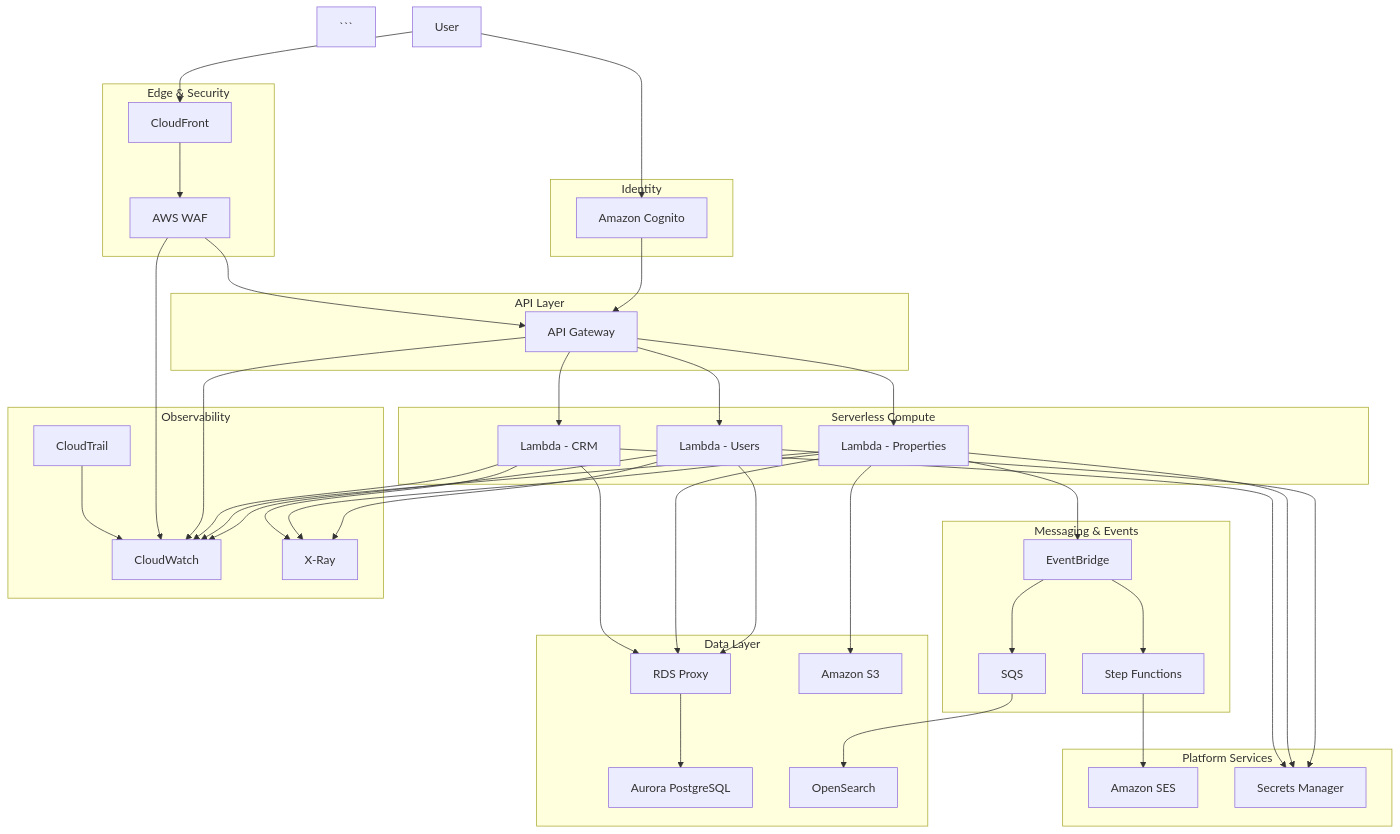
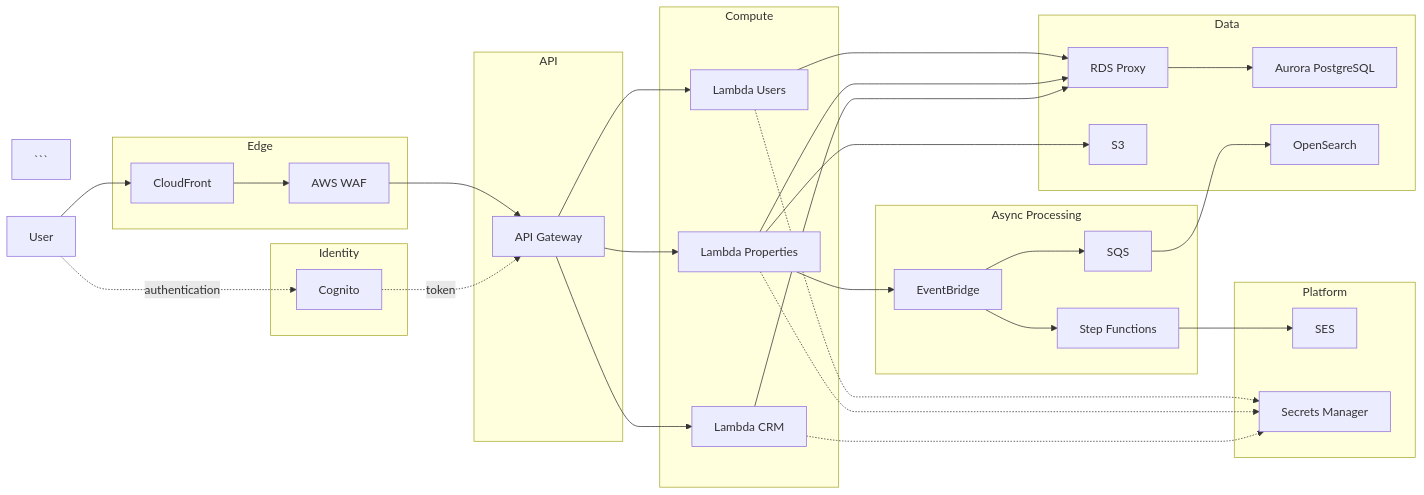
The diagram in architecture/diagrams/high-level.mmd (mondirbada/real-estate-infrastracture), drawn with Mermaid before and after one commit.

Commit message:
docs: improve high level architecture diagram

````diff
--- a/architecture/diagrams/high-level.mmd
+++ b/architecture/diagrams/high-level.mmd
@@ -1,92 +1,72 @@
-flowchart TB
+flowchart LR
 
 ```
 User["User"]
 
-subgraph Edge["Edge & Security"]
+subgraph Edge["Edge"]
     CloudFront["CloudFront"]
     WAF["AWS WAF"]
 end
 
 subgraph Identity["Identity"]
-    Cognito["Amazon Cognito"]
+    Cognito["Cognito"]
 end
 
-subgraph API["API Layer"]
+subgraph API["API"]
     APIGateway["API Gateway"]
 end
 
-subgraph Compute["Serverless Compute"]
-    LambdaUsers["Lambda - Users"]
-    LambdaProperties["Lambda - Properties"]
-    LambdaCRM["Lambda - CRM"]
+subgraph Compute["Compute"]
+    Users["Lambda Users"]
+    Properties["Lambda Properties"]
+    CRM["Lambda CRM"]
 end
 
-subgraph Data["Data Layer"]
+subgraph Data["Data"]
     RDSProxy["RDS Proxy"]
     Aurora["Aurora PostgreSQL"]
-    S3["Amazon S3"]
+    S3["S3"]
     OpenSearch["OpenSearch"]
 end
 
-subgraph Messaging["Messaging & Events"]
+subgraph Async["Async Processing"]
     EventBridge["EventBridge"]
     SQS["SQS"]
     StepFunctions["Step Functions"]
 end
 
-subgraph Platform["Platform Services"]
-    SES["Amazon SES"]
+subgraph Platform["Platform"]
+    SES["SES"]
     Secrets["Secrets Manager"]
-end
-
-subgraph Observability["Observability"]
-    CloudWatch["CloudWatch"]
-    XRay["X-Ray"]
-    CloudTrail["CloudTrail"]
 end
 
 User --> CloudFront
 CloudFront --> WAF
-
-User --> Cognito
-Cognito --> APIGateway
-
 WAF --> APIGateway
 
-APIGateway --> LambdaUsers
-APIGateway --> LambdaProperties
-APIGateway --> LambdaCRM
+User -. "authentication" .-> Cognito
+Cognito -. "token" .-> APIGateway
 
-LambdaUsers --> RDSProxy
-LambdaProperties --> RDSProxy
-LambdaCRM --> RDSProxy
+APIGateway --> Users
+APIGateway --> Properties
+APIGateway --> CRM
+
+Users --> RDSProxy
+Properties --> RDSProxy
+CRM --> RDSProxy
 
 RDSProxy --> Aurora
 
-LambdaProperties --> S3
-LambdaProperties --> EventBridge
+Properties --> S3
+Properties --> EventBridge
 
 EventBridge --> SQS
 EventBridge --> StepFunctions
 
 SQS --> OpenSearch
 StepFunctions --> SES
 
-LambdaUsers --> Secrets
-LambdaProperties --> Secrets
-LambdaCRM --> Secrets
-
-LambdaUsers --> CloudWatch
-LambdaProperties --> CloudWatch
-LambdaCRM --> CloudWatch
-
-LambdaUsers --> XRay
-LambdaProperties --> XRay
-LambdaCRM --> XRay
-
-APIGateway --> CloudWatch
-WAF --> CloudWatch
-
-CloudTrail --> CloudWatch
+Users -.-> Secrets
+Properties -.-> Secrets
+CRM -.-> Secrets
 ```
````
